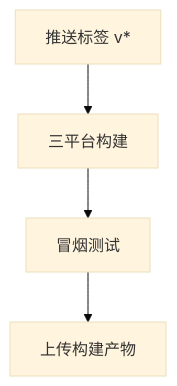
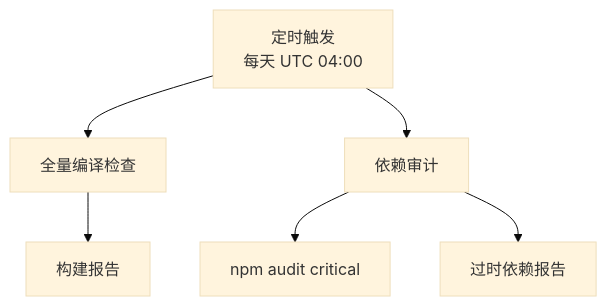
The fifth of 9 diagrams in .qoder/repowiki/zh/content/构建与部署/持续集成.md (sofate798/KodrixCode), drawn with Mermaid (base theme) before and after one commit. The commit also changed other lines of this file and 6 other files, not shown here.

````diff
--- a/.qoder/repowiki/zh/content/构建与部署/持续集成.md
+++ b/.qoder/repowiki/zh/content/构建与部署/持续集成.md
@@ -244,6 +184,8 @@
 ```mermaid
 flowchart TD
-Tag["推送标签 v*"] --> Build["三平台构建"]
-Build --> Smoke["冒烟测试"]
-Smoke --> Artifacts["上传构建产物"]
+Schedule["定时触发<br/>每天 UTC 04:00"] --> Compile["全量编译检查"]
+Schedule --> DepCheck["依赖审计"]
+Compile --> Report["构建报告"]
+DepCheck --> Audit["npm audit critical"]
+DepCheck --> Outdated["过时依赖报告"]
 ```
````
